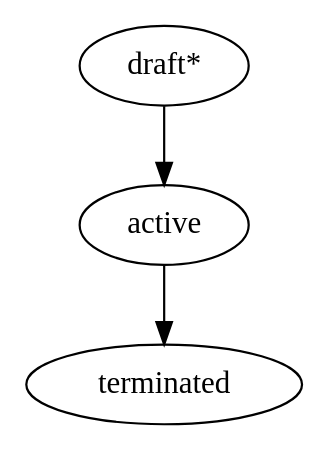
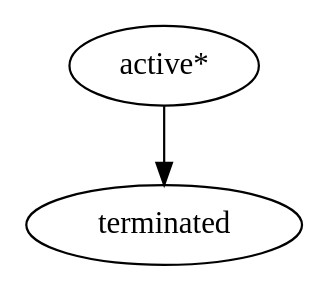
Before and after one commit to ProzorroUKR/openprocurement.api: the diagram in docs/source/standard/contract.rst, drawn with Graphviz. The commit also changed other lines of this file, not shown here.

Commit message:
remove 'draft' status from data standard

```diff
--- a/docs/source/standard/contract.rst
+++ b/docs/source/standard/contract.rst
@@ -103,9 +102,7 @@
 .. graphviz::
 
     digraph G {
-        A [ label="draft*" ]
-        B [ label="active"]
-        C [ label="terminated"]
+        A [ label="active*" ]
+        B [ label="terminated"]
          A -> B;
-         B -> C;
     }
```
